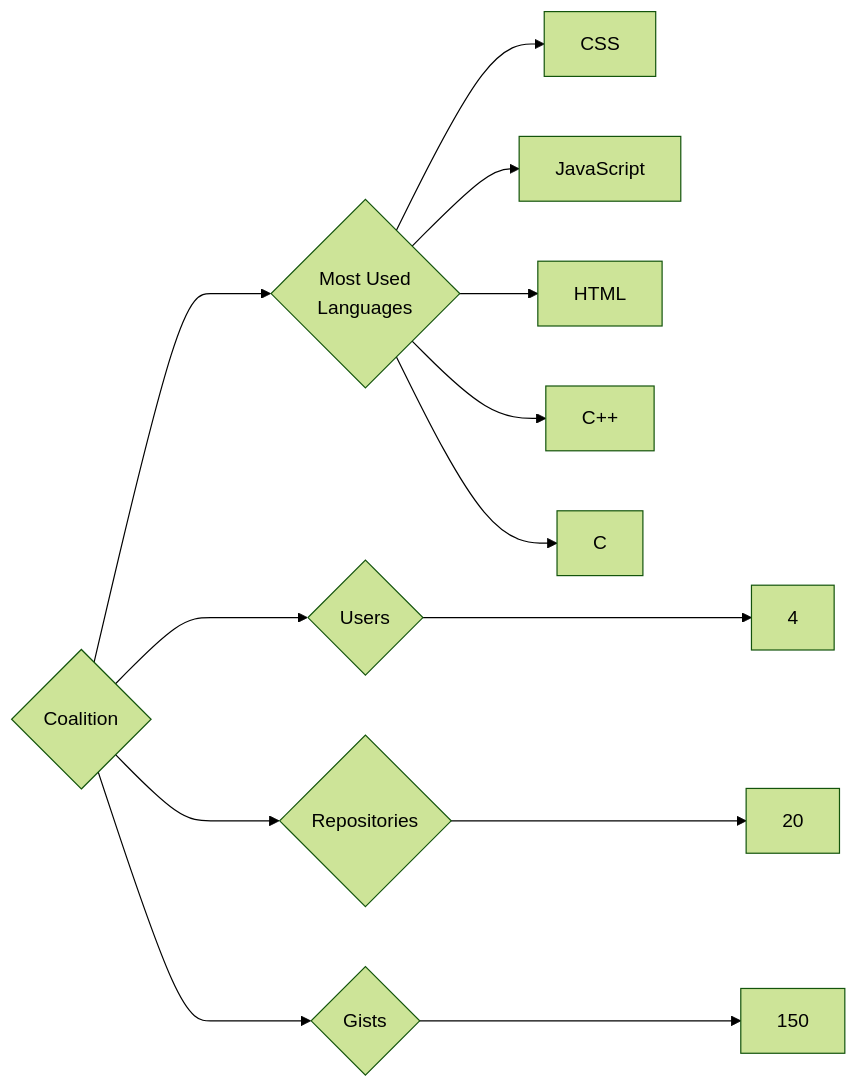
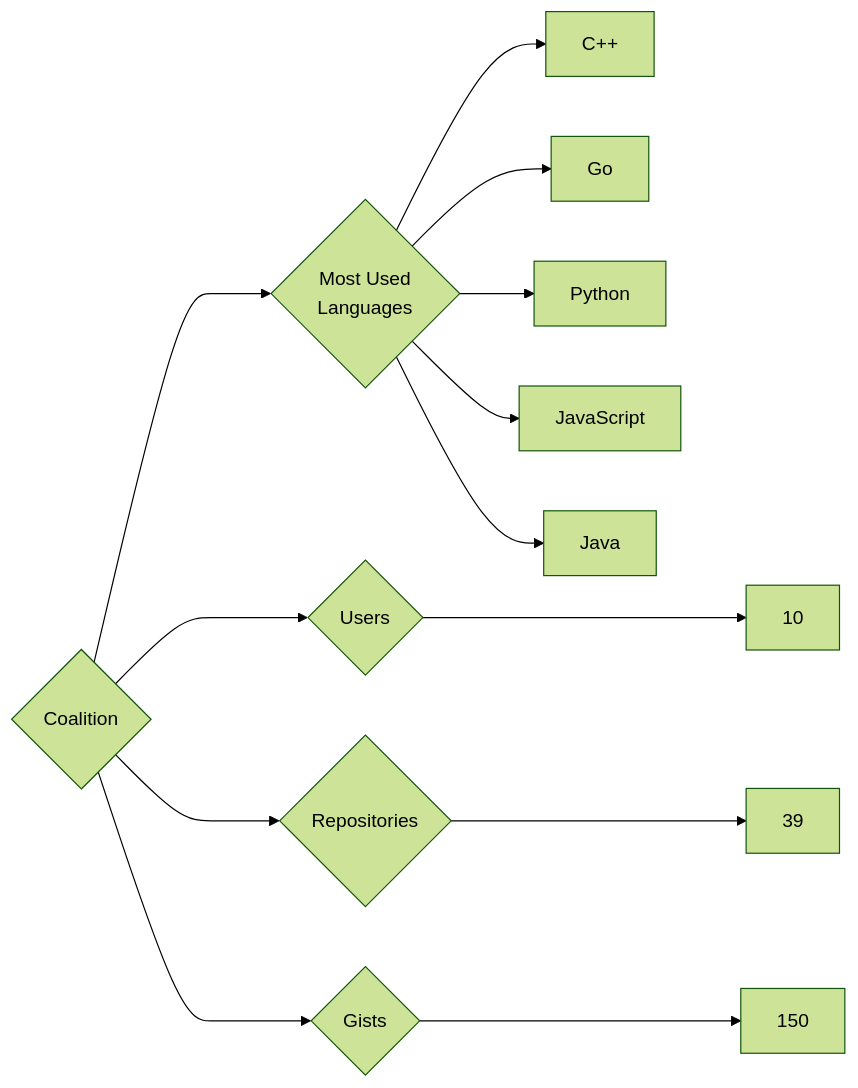
One commit to trickest/insiders changed the diagram in targets/Coalition/README.md. Above: the diagram before and after it, drawn with Mermaid (forest theme). The commit also changed 736 other files, not shown here.

````diff
--- a/targets/Coalition/README.md
+++ b/targets/Coalition/README.md
@@ -3,13 +3,13 @@
 ```mermaid
 graph LR
 COMPANY_NAME{Coalition}
-COMPANY_NAME ---> U{Users} ---> UN[4]
-COMPANY_NAME ---> R{Repositories} ---> RN[20]
+COMPANY_NAME ---> U{Users} ---> UN[10]
+COMPANY_NAME ---> R{Repositories} ---> RN[39]
 COMPANY_NAME ---> G{Gists} ---> GN[150]
 COMPANY_NAME ---> ML{Most Used<br>Languages}
-ML --> CSS[CSS]
+ML --> C++[C++]
+ML --> Go[Go]
+ML --> Python[Python]
 ML --> JavaScript[JavaScript]
-ML --> HTML[HTML]
-ML --> C++[C++]
-ML --> C[C]
+ML --> Java[Java]
 ```
````
